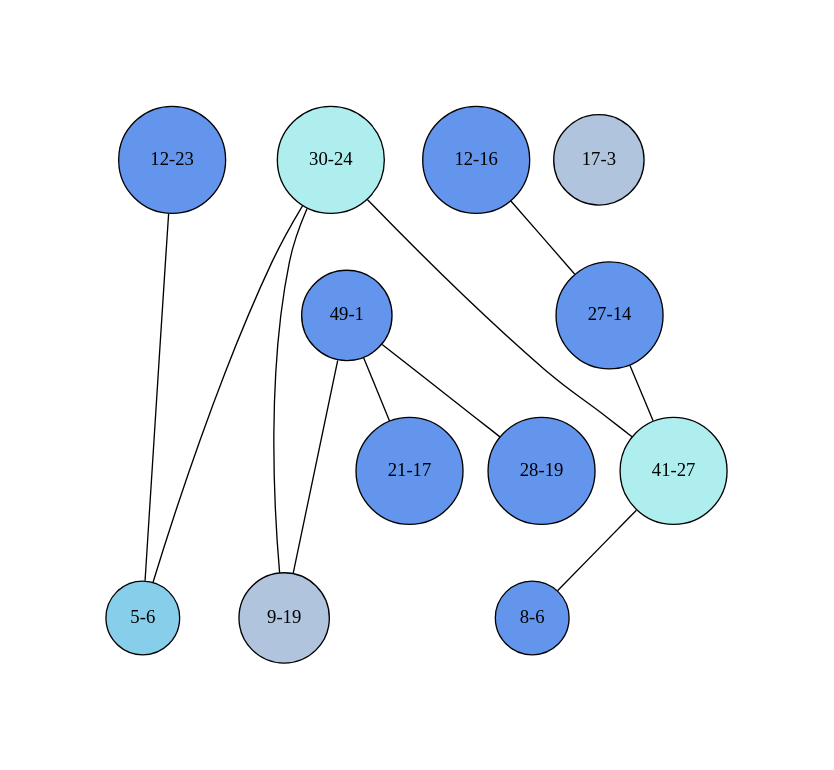
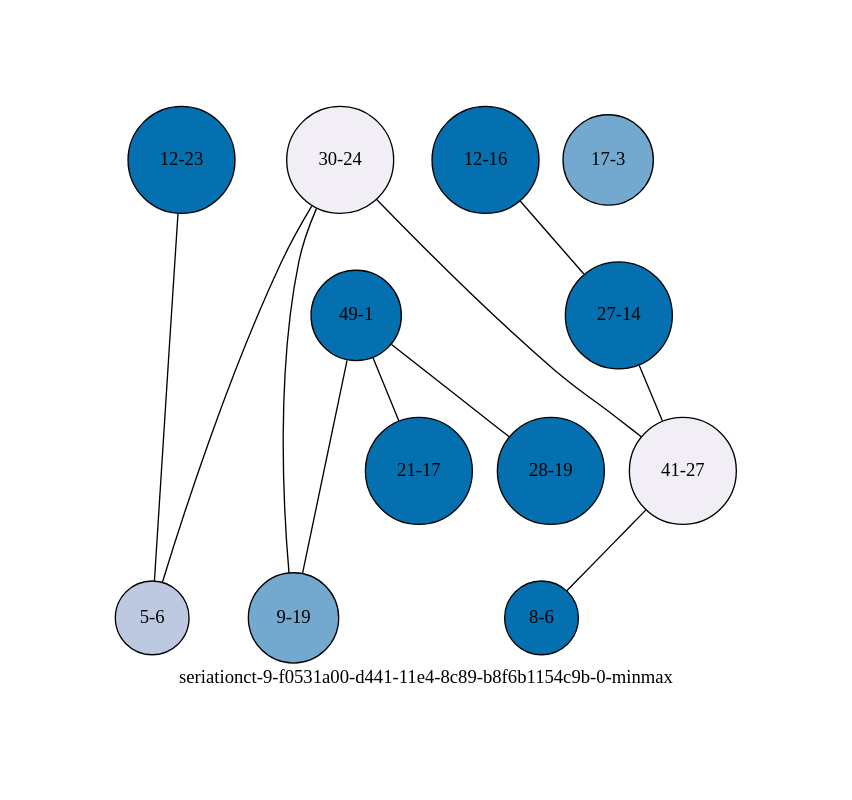
One commit to mmadsen/experiment-seriationct changed the diagram in experiments/seriationct-9/seriation-results/f0531a00-d441-11e4-8c89-b8f6b1154c9b-0-sampled-0.07/f0531a00-d441-11e4-8c89-b8f6b1154c9b-0-sampled-0.07-minmax-by-weight.png-annotated-chronological.dot. Above: the diagram before and after it, drawn with Graphviz. The commit also changed 181 other files, not shown here.

```diff
--- a/experiments/seriationct-9/seriation-results/f0531a00-d441-11e4-8c89-b8f6b1154c9b-0-sampled-0.07/f0531a00-d441-11e4-8c89-b8f6b1154c9b-0-sampled-0.07-minmax-by-weight.png-annotated-chronological.dot
+++ b/experiments/seriationct-9/seriation-results/f0531a00-d441-11e4-8c89-b8f6b1154c9b-0-sampled-0.07/f0531a00-d441-11e4-8c89-b8f6b1154c9b-0-sampled-0.07-minmax-by-weight.png-annotated-chronological.dot
@@ -1,28 +1,29 @@
-strict graph G {
+strict graph "seriationct-9-f0531a00-d441-11e4-8c89-b8f6b1154c9b-0-minmax" {
 labelloc=b;
 ratio=auto;
 pad="1.0";
+label="seriationct-9-f0531a00-d441-11e4-8c89-b8f6b1154c9b-0-minmax";
 node [width="0.3", shape=circle, height="0.3", style=filled, label=""];
-0 [xCoordinate="23.0", appears_in_slice=1, yCoordinate="12.0", colorscheme=x11, short_label="12-23", label="12-23", fillcolor=CornflowerBlue, id=1, size="619.188415989"];
-1 [xCoordinate="16.0", appears_in_slice=1, yCoordinate="12.0", colorscheme=x11, short_label="12-16", label="12-16", fillcolor=CornflowerBlue, id=0, size="619.188415989"];
-2 [xCoordinate="14.0", appears_in_slice=1, yCoordinate="27.0", colorscheme=x11, short_label="27-14", label="27-14", fillcolor=CornflowerBlue, id=2, size="619.188415989"];
-3 [xCoordinate="1.0", appears_in_slice=1, yCoordinate="49.0", colorscheme=x11, short_label="49-1", label="49-1", fillcolor=CornflowerBlue, id=11, size="386.627708464"];
-4 [xCoordinate="3.0", appears_in_slice=2, yCoordinate="17.0", colorscheme=x11, short_label="17-3", label="17-3", fillcolor=LightSteelBlue, id=6, size="330.276828926"];
-5 [xCoordinate="17.0", appears_in_slice=1, yCoordinate="21.0", colorscheme=x11, short_label="21-17", label="21-17", fillcolor=CornflowerBlue, id=5, size="386.627708464"];
-6 [xCoordinate="24.0", appears_in_slice=4, yCoordinate="30.0", colorscheme=x11, short_label="30-24", label="30-24", fillcolor=PaleTurquoise, id=7, size="380.935084031"];
-7 [xCoordinate="19.0", appears_in_slice=2, yCoordinate="9.0", colorscheme=x11, short_label="9-19", label="9-19", fillcolor=LightSteelBlue, id=8, size="330.276828926"];
-8 [xCoordinate="27.0", appears_in_slice=4, yCoordinate="41.0", colorscheme=x11, short_label="41-27", label="41-27", fillcolor=PaleTurquoise, id=9, size="380.935084031"];
-9 [xCoordinate="19.0", appears_in_slice=1, yCoordinate="28.0", colorscheme=x11, short_label="28-19", label="28-19", fillcolor=CornflowerBlue, id=4, size="386.627708464"];
-10 [xCoordinate="6.0", appears_in_slice=1, yCoordinate="8.0", colorscheme=x11, short_label="8-6", label="8-6", fillcolor=CornflowerBlue, id=10, size="619.188415989"];
-11 [xCoordinate="6.0", appears_in_slice=3, yCoordinate="5.0", colorscheme=x11, short_label="5-6", label="5-6", fillcolor=SkyBlue, id=3, size="940.939384737"];
+0 [xCoordinate="23.0", appears_in_slice=1, yCoordinate="12.0", colorscheme=pubu4, short_label="12-23", label="12-23", fillcolor=4, id=1, size="619.188415989"];
+1 [xCoordinate="16.0", appears_in_slice=1, yCoordinate="12.0", colorscheme=pubu4, short_label="12-16", label="12-16", fillcolor=4, id=0, size="619.188415989"];
+2 [xCoordinate="14.0", appears_in_slice=1, yCoordinate="27.0", colorscheme=pubu4, short_label="27-14", label="27-14", fillcolor=4, id=2, size="619.188415989"];
+3 [xCoordinate="1.0", appears_in_slice=1, yCoordinate="49.0", colorscheme=pubu4, short_label="49-1", label="49-1", fillcolor=4, id=11, size="386.627708464"];
+4 [xCoordinate="3.0", appears_in_slice=2, yCoordinate="17.0", colorscheme=pubu4, short_label="17-3", label="17-3", fillcolor=3, id=6, size="330.276828926"];
+5 [xCoordinate="17.0", appears_in_slice=1, yCoordinate="21.0", colorscheme=pubu4, short_label="21-17", label="21-17", fillcolor=4, id=5, size="386.627708464"];
+6 [xCoordinate="24.0", appears_in_slice=4, yCoordinate="30.0", colorscheme=pubu4, short_label="30-24", label="30-24", fillcolor=1, id=7, size="380.935084031"];
+7 [xCoordinate="19.0", appears_in_slice=2, yCoordinate="9.0", colorscheme=pubu4, short_label="9-19", label="9-19", fillcolor=3, id=8, size="330.276828926"];
+8 [xCoordinate="27.0", appears_in_slice=4, yCoordinate="41.0", colorscheme=pubu4, short_label="41-27", label="41-27", fillcolor=1, id=9, size="380.935084031"];
+9 [xCoordinate="19.0", appears_in_slice=1, yCoordinate="28.0", colorscheme=pubu4, short_label="28-19", label="28-19", fillcolor=4, id=4, size="386.627708464"];
+10 [xCoordinate="6.0", appears_in_slice=1, yCoordinate="8.0", colorscheme=pubu4, short_label="8-6", label="8-6", fillcolor=4, id=10, size="619.188415989"];
+11 [xCoordinate="6.0", appears_in_slice=3, yCoordinate="5.0", colorscheme=pubu4, short_label="5-6", label="5-6", fillcolor=2, id=3, size="940.939384737"];
 0 -- 11  [inverseweight="1.90557875879", weight="0.524774951121"];
 1 -- 2  [inverseweight="7.58173727656", weight="0.131895891868"];
 2 -- 8  [inverseweight="2.39554729972", weight="0.417441141787"];
 3 -- 9  [inverseweight="5.77979435133", weight="0.173016536439"];
 3 -- 5  [inverseweight="5.26112070978", weight="0.190073570854"];
 3 -- 7  [inverseweight="2.68026868679", weight="0.373096923055"];
 6 -- 8  [inverseweight="7.54498151673", weight="0.132538429389"];
 6 -- 11  [inverseweight="9.95412286568", weight="0.100460885755"];
 6 -- 7  [inverseweight="3.25588589929", weight="0.30713607016"];
 8 -- 10  [inverseweight="2.05535413289", weight="0.48653416168"];
 }
```
